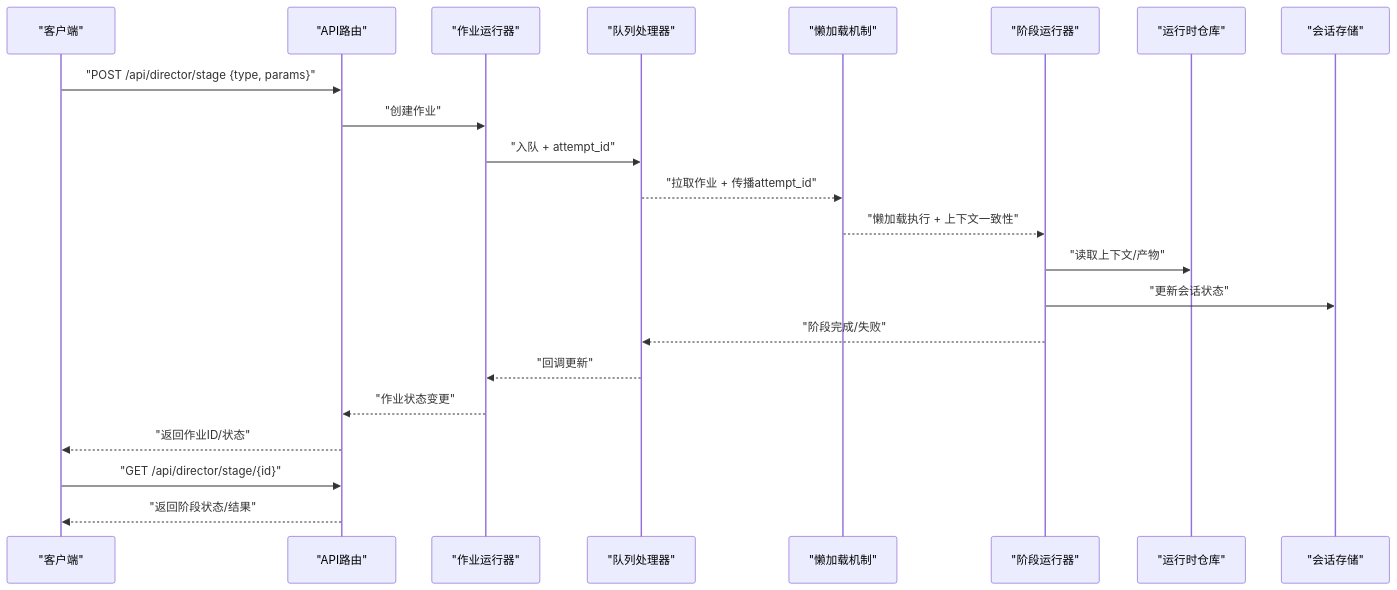
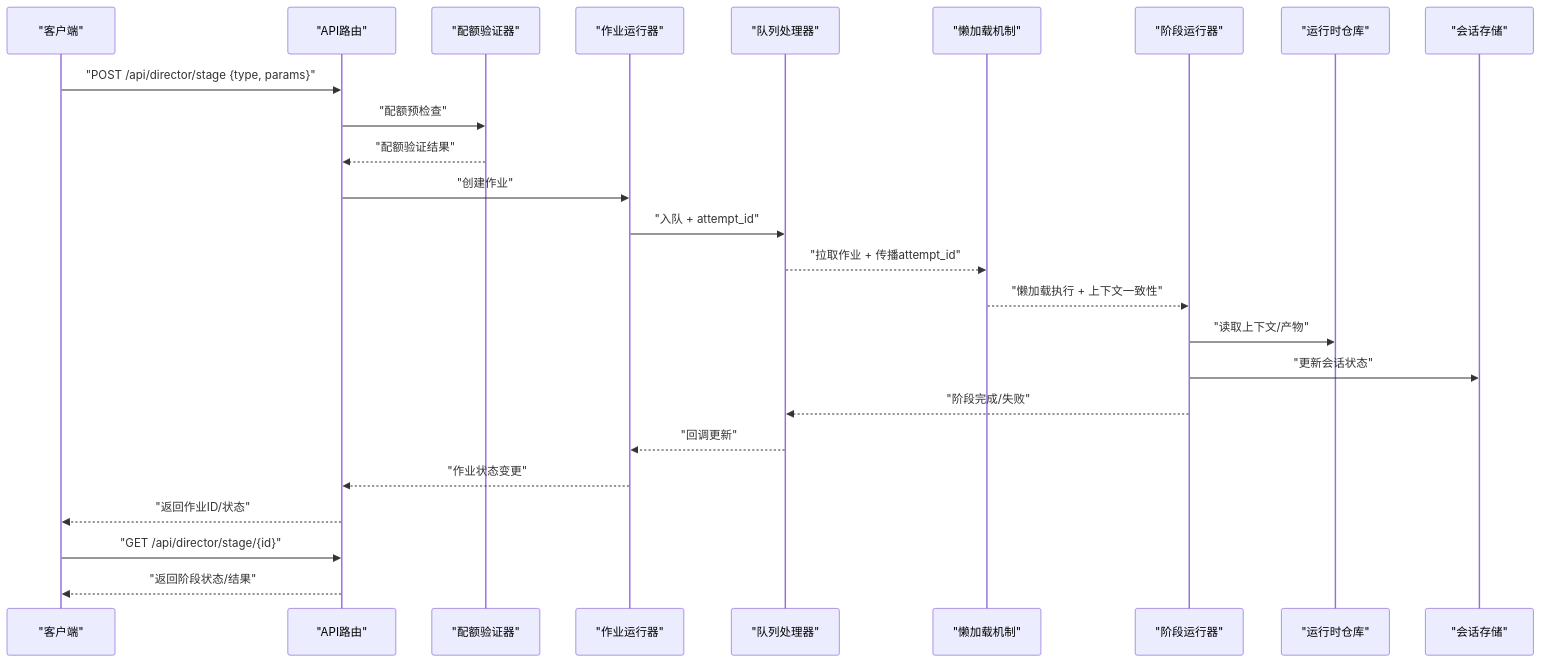
The second of 3 diagrams in .qoder/repowiki/zh/content/API参考/导演系统API/阶段执行API.md (scottcwy/PurpleInk), drawn with Mermaid before and after one commit. The commit also changed other lines of this file and 48 other files, not shown here.

````diff
--- a/.qoder/repowiki/zh/content/API参考/导演系统API/阶段执行API.md
+++ b/.qoder/repowiki/zh/content/API参考/导演系统API/阶段执行API.md
@@ -141,24 +148,27 @@
 ```mermaid
 sequenceDiagram
 participant C as "客户端"
 participant API as "API路由"
+participant QV as "配额验证器"
 participant JR as "作业运行器"
 participant Q as "队列处理器"
 participant LL as "懒加载机制"
 participant SR as "阶段运行器"
 participant RR as "运行时仓库"
 participant SS as "会话存储"
 C->>API : "POST /api/director/stage {type, params}"
+API->>QV : "配额预检查"
+QV-->>API : "配额验证结果"
 API->>JR : "创建作业"
 JR->>Q : "入队 + attempt_id"
 Q-->>LL : "拉取作业 + 传播attempt_id"
 LL-->>SR : "懒加载执行 + 上下文一致性"
 SR->>RR : "读取上下文/产物"
 SR->>SS : "更新会话状态"
 SR-->>Q : "阶段完成/失败"
 Q-->>JR : "回调更新"
 JR-->>API : "作业状态变更"
 API-->>C : "返回作业ID/状态"
 C->>API : "GET /api/director/stage/{id}"
 API-->>C : "返回阶段状态/结果"
 ```
````
